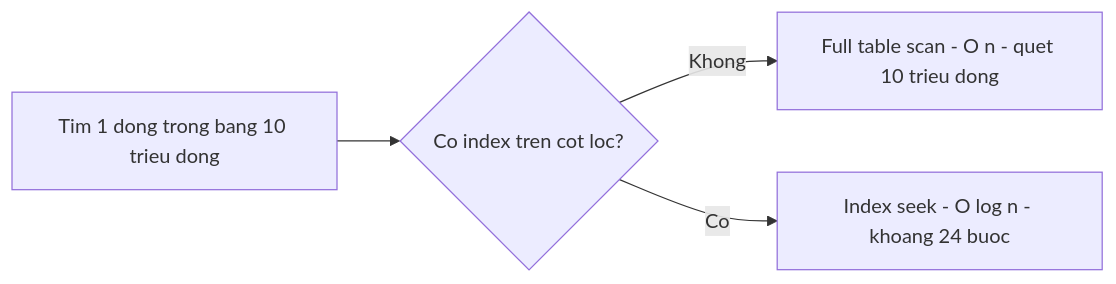
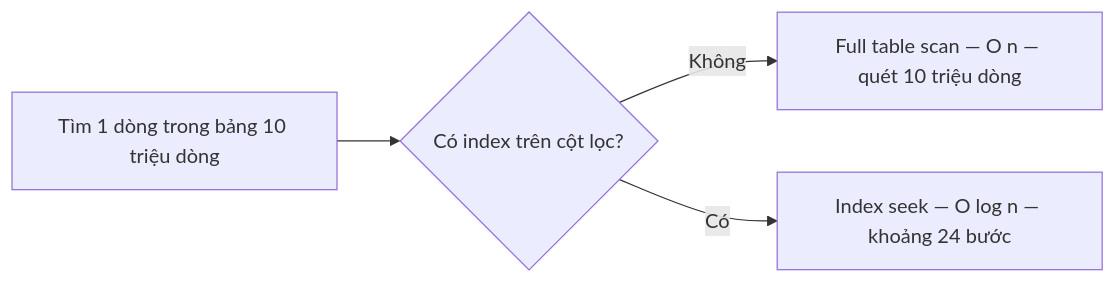
The diagram in docs/09-dotnet-backend-zero-to-senior/stage-01-foundation/module-01-programming-logic/1.7-data-structures-and-big-o.mdx (TienNHM/tiennhm.github.io), drawn with Mermaid before and after one commit. The commit also changed 8 other files, not shown here.

First line of the commit message:
docs(dotnet): viết có dấu nhãn mermaid và chú thích ở Module 1

````diff
--- a/docs/09-dotnet-backend-zero-to-senior/stage-01-foundation/module-01-programming-logic/1.7-data-structures-and-big-o.mdx
+++ b/docs/09-dotnet-backend-zero-to-senior/stage-01-foundation/module-01-programming-logic/1.7-data-structures-and-big-o.mdx
@@ -121,6 +121,6 @@
 ```mermaid
 flowchart LR
-    A[Tim 1 dong trong bang 10 trieu dong] --> B{Co index tren cot loc?}
-    B -->|Khong| C[Full table scan - O n - quet 10 trieu dong]
-    B -->|Co| D[Index seek - O log n - khoang 24 buoc]
+    A[Tìm 1 dòng trong bảng 10 triệu dòng] --> B{Có index trên cột lọc?}
+    B -->|Không| C[Full table scan — O n — quét 10 triệu dòng]
+    B -->|Có| D[Index seek — O log n — khoảng 24 bước]
 ```
````
